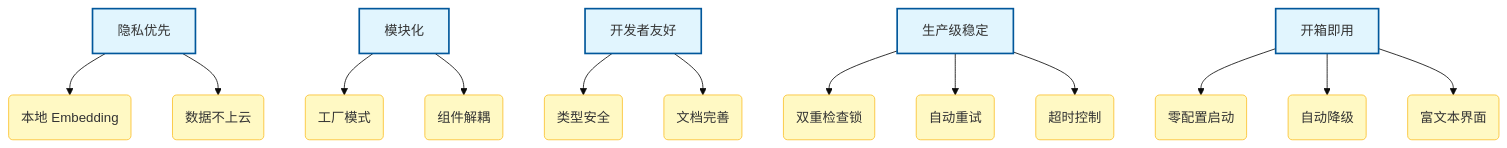
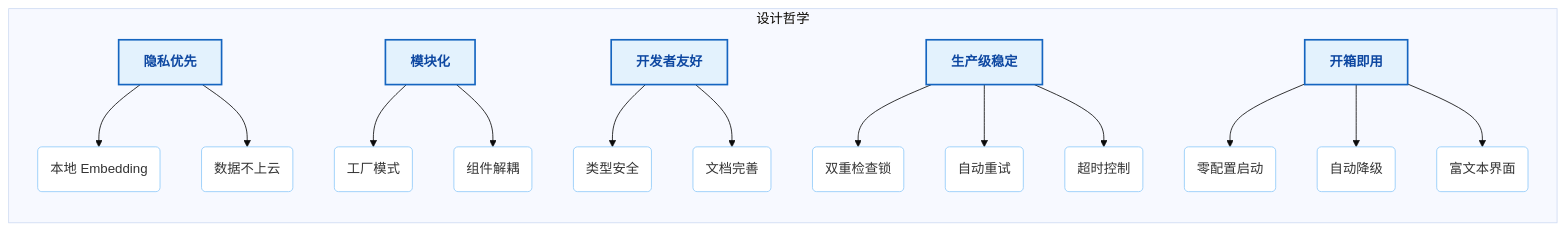
One commit to xt765/FinchBot changed the first of 5 diagrams in README_CN.md. Above: the diagram before and after it, drawn with Mermaid (base theme). The commit also changed 2 other files, not shown here.

Commit message:
Docs: Refine Design Philosophy diagram with cleaner subgraph layout and styling

````diff
--- a/README_CN.md
+++ b/README_CN.md
@@ -50,34 +50,30 @@
 ```mermaid
 graph TD
-    %% 设计哲学节点
-    Privacy[隐私优先]
-    Modularity[模块化]
-    Dev_Experience[开发者友好]
-    Stability[生产级稳定]
-    Out_of_Box[开箱即用]
+    subgraph Philosophy [设计哲学]
+        direction TB
+        
+        P[隐私优先] --> P1(本地 Embedding)
+        P --> P2(数据不上云)
+        
+        M[模块化] --> M1(工厂模式)
+        M --> M2(组件解耦)
+        
+        D[开发者友好] --> D1(类型安全)
+        D --> D2(文档完善)
+        
+        S[生产级稳定] --> S1(双重检查锁)
+        S --> S2(自动重试)
+        S --> S3(超时控制)
+        
+        O[开箱即用] --> O1(零配置启动)
+        O --> O2(自动降级)
+        O --> O3(富文本界面)
+    end
 
-    %% 细节
-    Privacy --> Local_Embedding(本地 Embedding)
-    Privacy --> No_Cloud_Upload(数据不上云)
-    
-    Modularity --> Factory_Pattern(工厂模式)
-    Modularity --> Decoupled(组件解耦)
-    
-    Dev_Experience --> Type_Safety(类型安全)
-    Dev_Experience --> Docs(文档完善)
-    
-    Stability --> Thread_Safe(双重检查锁)
-    Stability --> Retry(自动重试)
-    Stability --> Timeout(超时控制)
-    
-    Out_of_Box --> Zero_Config(零配置启动)
-    Out_of_Box --> Auto_Fallback(自动降级)
-    Out_of_Box --> Rich_CLI(富文本界面)
+    %% 样式定义
+    classDef category fill:#e3f2fd,stroke:#1565c0,stroke-width:2px,color:#0d47a1,font-weight:bold;
+    classDef item fill:#ffffff,stroke:#90caf9,stroke-width:1px,color:#333;
 
-    %% 样式
-    classDef main fill:#e1f5fe,stroke:#01579b,stroke-width:2px;
-    classDef sub fill:#fff9c4,stroke:#fbc02d,stroke-width:1px;
-    
-    class Privacy,Modularity,Dev_Experience,Stability,Out_of_Box main
-    class Local_Embedding,No_Cloud_Upload,Factory_Pattern,Decoupled,Type_Safety,Docs,Thread_Safe,Retry,Timeout,Zero_Config,Auto_Fallback,Rich_CLI sub
+    class P,M,D,S,O category;
+    class P1,P2,M1,M2,D1,D2,S1,S2,S3,O1,O2,O3 item;
 ```
````
